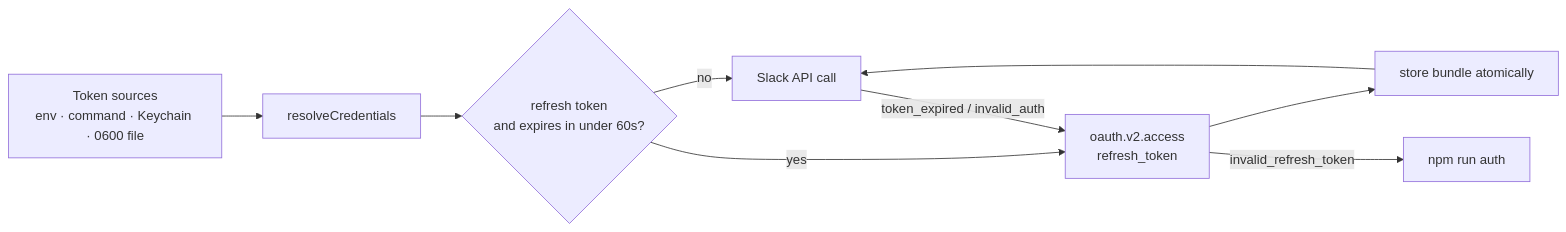
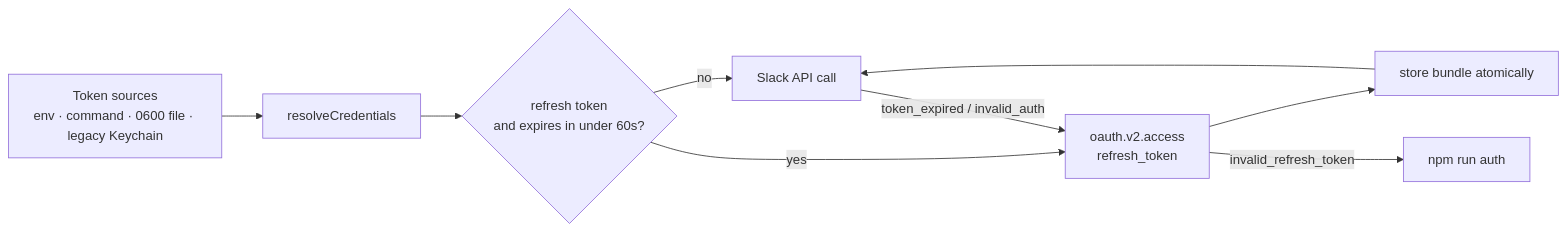
The second of 2 diagrams in docs/authentication.md (mhmdsami/slack-codemode-mcp), drawn with Mermaid before and after one commit. The commit also changed other lines of this file and 4 other files, not shown here.

````diff
--- a/docs/authentication.md
+++ b/docs/authentication.md
@@ -109,11 +109,11 @@
 ```mermaid
 flowchart LR
-  Sources["Token sources<br/>env · command · Keychain · 0600 file"] --> Resolve["resolveCredentials"]
+  Sources["Token sources<br/>env · command · 0600 file · legacy Keychain"] --> Resolve["resolveCredentials"]
   Resolve --> Expiring{"refresh token<br/>and expires in under 60s?"}
   Expiring -->|no| Call["Slack API call"]
   Expiring -->|yes| Refresh["oauth.v2.access<br/>refresh_token"]
   Refresh --> Store["store bundle atomically"]
   Store --> Call
   Call -->|token_expired / invalid_auth| Refresh
   Refresh -->|invalid_refresh_token| Auth["npm run auth"]
 ```
````
